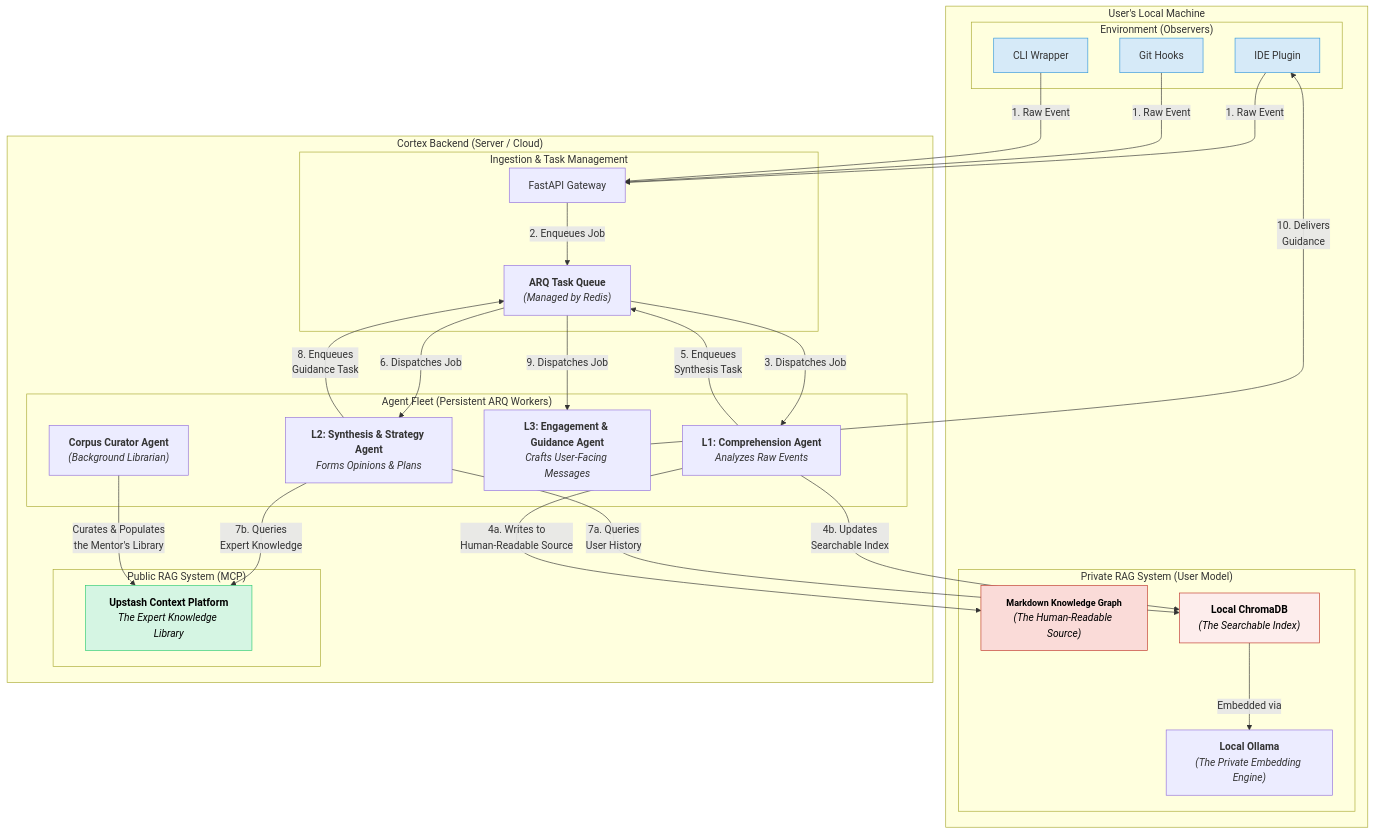
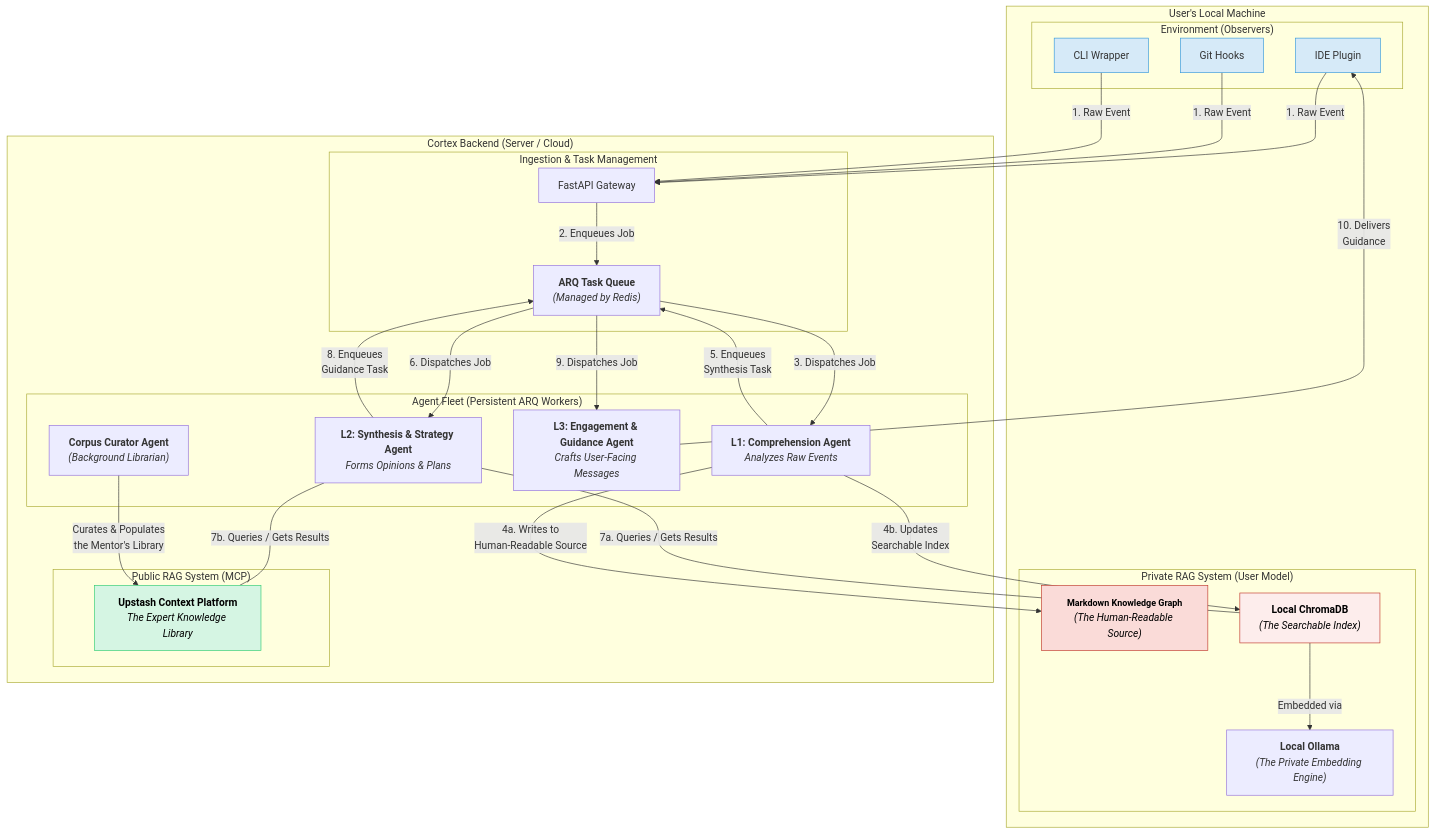
The first of 6 diagrams in docs/architecture.md (Itish2003/Cortex_Mentor), drawn with Mermaid before and after one commit. The commit also changed other lines of this file and 10 other files, not shown here.

First line of the commit message:
feat(pipelines): implement parallel processing and knowledge graph traversal

````diff
--- a/docs/architecture.md
+++ b/docs/architecture.md
@@ -27,79 +27,79 @@
 ```mermaid
 graph TD
     %% ===================================================
     %% 1. DEFINE ALL NODES & SUBGRAPHS FIRST
     %% ===================================================
 
     subgraph "User's Local Machine"
         subgraph "Environment (Observers)"
             A[IDE Plugin]
             B[Git Hooks]
             C[CLI Wrapper]
         end
         
         subgraph "Private RAG System (User Model)"
             F["<b style='font-size:14px'>Markdown Knowledge Graph</b><br/><i>(The Human-Readable Source)</i>"]
             G["<b>Local ChromaDB</b><br/><i>(The Searchable Index)</i>"]
             H["<b>Local Ollama</b><br/><i>(The Private Embedding Engine)</i>"]
         end
     end
 
     subgraph "Cortex Backend (Server / Cloud)"
         subgraph "Ingestion & Task Management"
             D[FastAPI Gateway]
             E["<b>ARQ Task Queue</b><br/><i>(Managed by Redis)</i>"]
         end
         
         subgraph "Agent Fleet (Persistent ARQ Workers)"
             AGENT_L1["<b>L1: Comprehension Agent</b><br/><i>Analyzes Raw Events</i>"]
             AGENT_L2["<b>L2: Synthesis & Strategy Agent</b><br/><i>Forms Opinions & Plans</i>"]
             AGENT_L3["<b>L3: Engagement & Guidance Agent</b><br/><i>Crafts User-Facing Messages</i>"]
             AGENT_CURATOR["<b>Corpus Curator Agent</b><br/><i>(Background Librarian)</i>"]
         end
         
         subgraph "Public RAG System (MCP)"
             I["<b>Upstash Context Platform</b><br/><i>The Expert Knowledge Library</i>"]
         end
     end
 
     %% ===================================================
     %% 2. DEFINE STYLES
     %% ===================================================
 
     style A fill:#D6EAF8,stroke:#3498DB
     style B fill:#D6EAF8,stroke:#3498DB
     style C fill:#D6EAF8,stroke:#3498DB
     style F fill:#FADBD8,stroke:#C0392B,color:#000
     style G fill:#FDEDEC,stroke:#C0392B,color:#000
     style I fill:#D5F5E3,stroke:#2ECC71,color:#000
 
     %% ===================================================
     %% 3. DEFINE ALL LINKS & DATA FLOWS LAST
     %% ===================================================
 
     %% ---> Flow 1: Ingestion
     A -- "1. Raw Event" --> D
     B -- "1. Raw Event" --> D
     C -- "1. Raw Event" --> D
     D -- "2. Enqueues Job" --> E
     
     %% ---> Flow 2: Level 1 Comprehension (Building the User Model)
     E -- "3. Dispatches Job" --> AGENT_L1
     AGENT_L1 -- "4a. Writes to<br/>Human-Readable Source" --> F
     AGENT_L1 -- "4b. Updates<br/>Searchable Index" --> G
     G -- "Embedded via" --> H
     
     %% ---> Flow 3: Level 2 Synthesis (The "Thinking" Step)
     AGENT_L1 -- "5. Enqueues<br/>Synthesis Task" --> E
     E -- "6. Dispatches Job" --> AGENT_L2
-    AGENT_L2 -- "7a. Queries<br/>User History" --> G
-    AGENT_L2 -- "7b. Queries<br/>Expert Knowledge" --> I
+    AGENT_L2 -- "7a. Queries / Gets Results" --- G
+    AGENT_L2 -- "7b. Queries / Gets Results" --- I
     
     %% ---> Flow 4: Level 3 Engagement (Delivering Guidance)
     AGENT_L2 -- "8. Enqueues<br/>Guidance Task" --> E
     E -- "9. Dispatches Job" --> AGENT_L3
     AGENT_L3 -- "10. Delivers<br/>Guidance" --> A
     
     %% ---> Flow 5: Knowledge Curation (Parallel Background Process)
     AGENT_CURATOR -- "Curates & Populates<br/>the Mentor's Library" --> I
 ```
````
